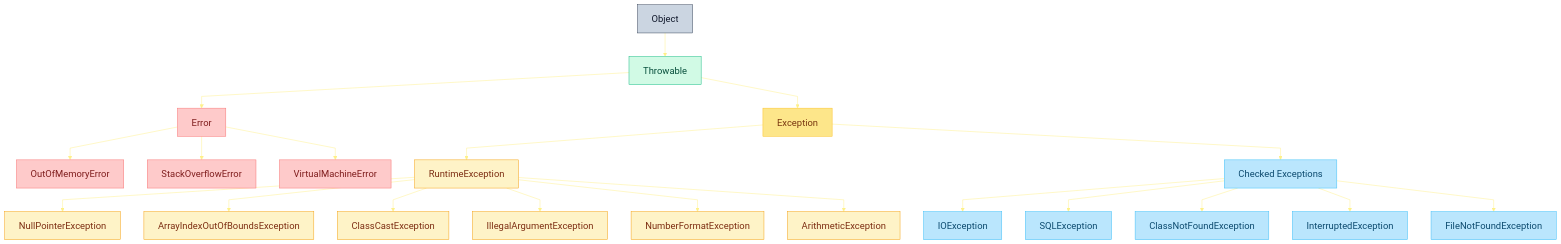
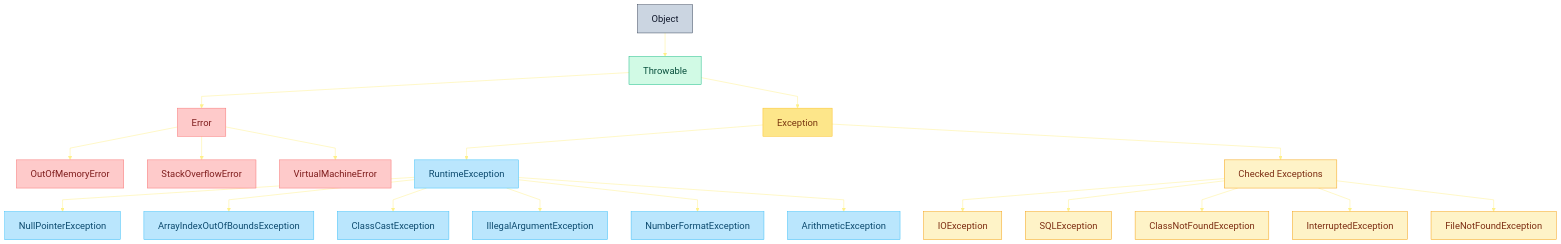
The diagram in til/2-3-exception-handling.md (jeongmo-bae/java-daily-study), drawn with Mermaid before and after one commit.

Commit message:
docs : upload TIL 2-3-exception-handling.md

````diff
--- a/til/2-3-exception-handling.md
+++ b/til/2-3-exception-handling.md
@@ -4,43 +4,43 @@
 ```mermaid
 %%{init:{
   "flowchart":{"curve":"linear"},
   "theme":"base",
   "themeVariables":{
     "fontSize":"20px",
     "lineColor":"#fef08a"
   }
 }}%%
 
 graph TD
     O[Object]:::root
     O --> T[Throwable]:::throwable
     T --> E[Error]:::error
     T --> X[Exception]:::exception
 
     E --> E1[OutOfMemoryError]:::error
     E --> E2[StackOverflowError]:::error
     E --> E3[VirtualMachineError]:::error
 
     X --> R[RuntimeException]:::runtime
     R --> R1[NullPointerException]:::runtime
     R --> R2[ArrayIndexOutOfBoundsException]:::runtime
     R --> R3[ClassCastException]:::runtime
     R --> R4[IllegalArgumentException]:::runtime
     R --> R5[NumberFormatException]:::runtime
     R --> R6[ArithmeticException]:::runtime
 
     X --> C[Checked Exceptions]:::checked
     C --> C1[IOException]:::checked
     C --> C2[SQLException]:::checked
     C --> C3[ClassNotFoundException]:::checked
     C --> C4[InterruptedException]:::checked
     C --> C5[FileNotFoundException]:::checked
 
 %% 스타일 정의 (파스텔톤)
     classDef root fill:#cbd5e1,stroke:#334155,color:#0f172a;
     classDef throwable fill:#d1fae5,stroke:#10b981,color:#064e3b;
     classDef error fill:#fecaca,stroke:#f87171,color:#7f1d1d;
     classDef exception fill:#fde68a,stroke:#fbbf24,color:#78350f;
-    classDef runtime fill:#fef3c7,stroke:#f59e0b,color:#7c2d12;
-    classDef checked fill:#bae6fd,stroke:#38bdf8,color:#0c4a6e;
+    classDef runtime fill:#bae6fd,stroke:#38bdf8,color:#0c4a6e;
+    classDef checked fill:#fef3c7,stroke:#f59e0b,color:#7c2d12;
 ```
````
